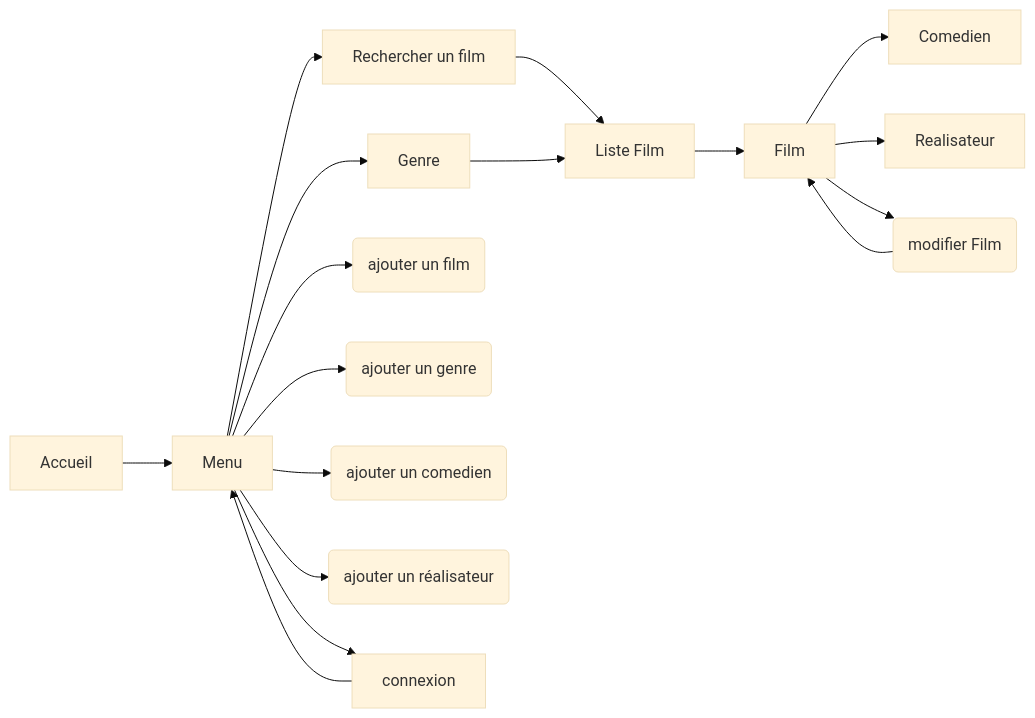
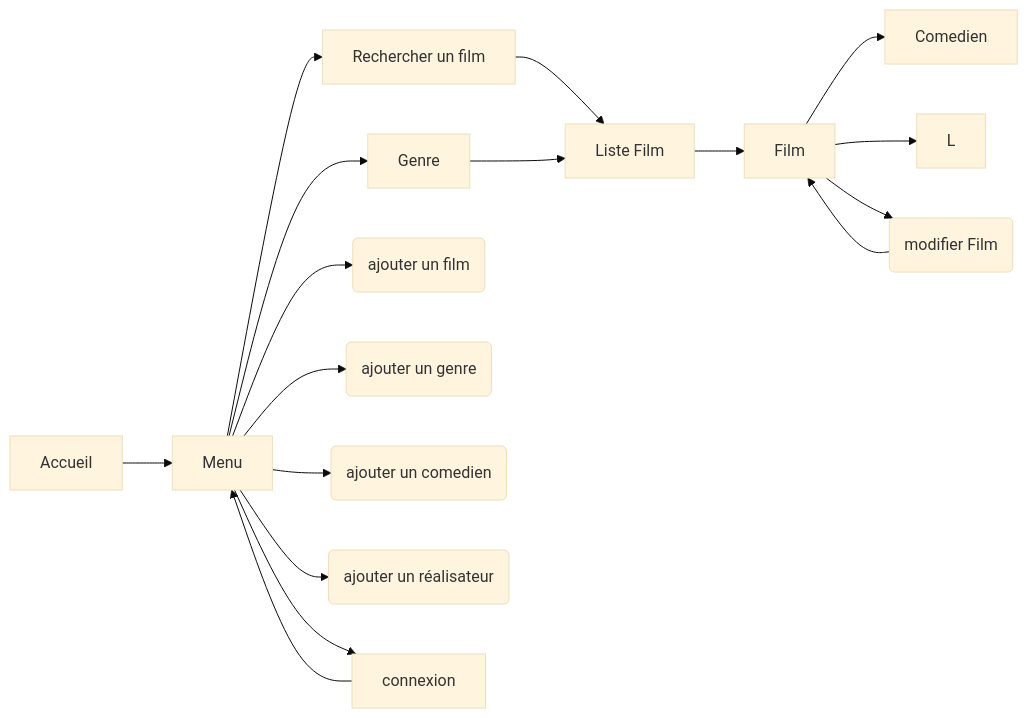
One commit to Remynder0/cours_BUT_24-25 changed the first of 3 diagrams in README.md. Above: the diagram before and after it, drawn with Mermaid (base theme). The commit also changed other lines of this file, not shown here.

````diff
--- a/README.md
+++ b/README.md
@@ -120,32 +120,32 @@
 ```mermaid
 graph LR
 
 A[Accueil]
 E[Menu]
 C[Rechercher un film]
 D[Liste Film] 
 B[Film]
 N(modifier Film)
 M[Genre]
 J[Comedien]
 F(ajouter un film)
 G(ajouter un genre) 
 H(ajouter un comedien) 
 I(ajouter un réalisateur)
 K[connexion]
-L[Realisateur]
+
 
 A --> E --> C --> D --> B --> J
 B --> L
 B --> N --> B
 E --> F
 E --> G
 E --> H
 E --> I
 E --> K --> E
 E --> M --> D
 
 
 
 
 ```
````
